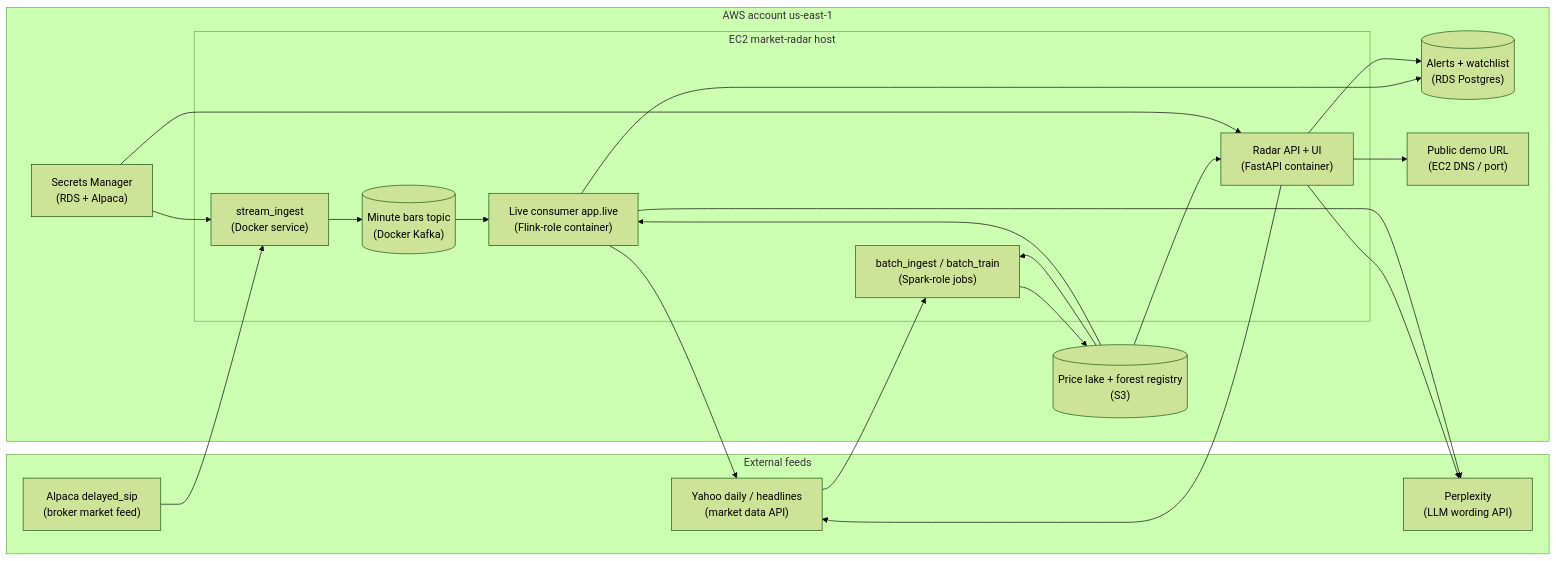
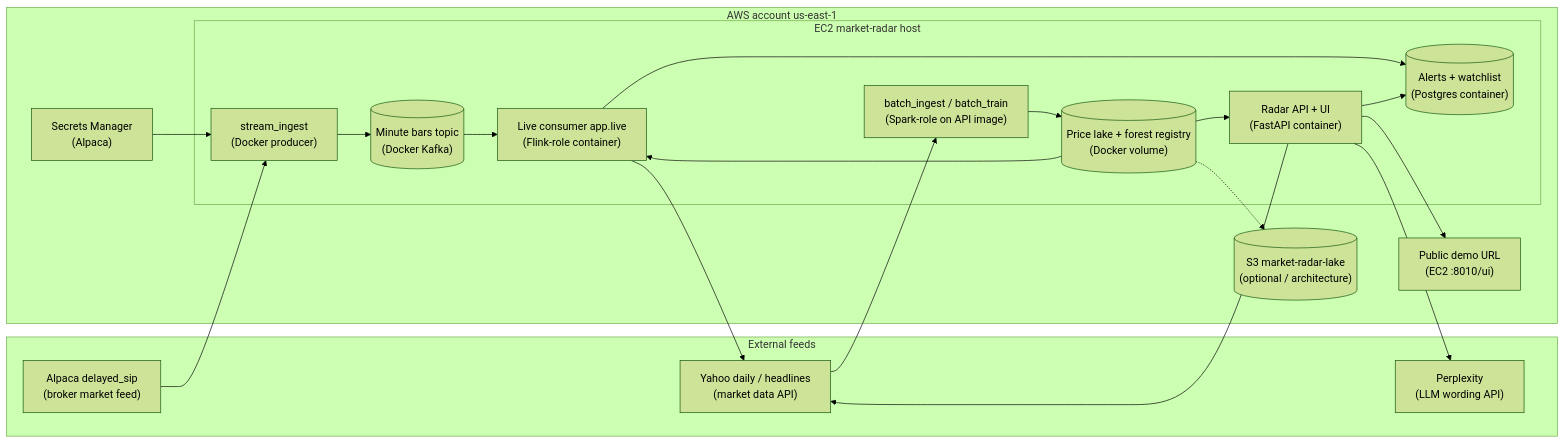
Before and after one commit to sameerde4/ticker-alert-system: the diagram in docs/aws-deployment.md, drawn with Mermaid (forest theme). The commit also changed other lines of this file and 2 other files, not shown here.

First line of the commit message:
Document AWS demo as-built Live, lake, and deploy behavior.

````diff
--- a/docs/aws-deployment.md
+++ b/docs/aws-deployment.md
@@ -84,38 +85,37 @@
 ```mermaid
 flowchart LR
     subgraph vendors [External feeds]
         ALP["Alpaca delayed_sip<br/>(broker market feed)"]
         YF["Yahoo daily / headlines<br/>(market data API)"]
         PPLX["Perplexity<br/>(LLM wording API)"]
     end
 
     subgraph aws [AWS account us-east-1]
         subgraph ec2box [EC2 market-radar host]
             KAFKA[("Minute bars topic<br/>(Docker Kafka)")]
-            INGEST["stream_ingest<br/>(Docker service)"]
+            INGEST["stream_ingest<br/>(Docker producer)"]
             LIVE["Live consumer app.live<br/>(Flink-role container)"]
             API["Radar API + UI<br/>(FastAPI container)"]
-            BATCH["batch_ingest / batch_train<br/>(Spark-role jobs)"]
+            PG[("Alerts + watchlist<br/>(Postgres container)")]
+            LAKE[("Price lake + forest registry<br/>(Docker volume)")]
+            BATCH["batch_ingest / batch_train<br/>(Spark-role on API image)"]
         end
 
-        S3[("Price lake + forest registry<br/>(S3)")]
-        RDS[("Alerts + watchlist<br/>(RDS Postgres)")]
-        SM["Secrets Manager<br/>(RDS + Alpaca)"]
-        URL["Public demo URL<br/>(EC2 DNS / port)"]
+        S3[("S3 market-radar-lake<br/>(optional / architecture)")]
+        SM["Secrets Manager<br/>(Alpaca)"]
+        URL["Public demo URL<br/>(EC2 :8010/ui)"]
     end
 
     ALP --> INGEST --> KAFKA --> LIVE
-    YF --> BATCH --> S3
-    S3 --> BATCH
-    S3 --> LIVE
-    S3 --> API
-    SM --> API
+    YF --> BATCH --> LAKE
+    LAKE --> LIVE
+    LAKE --> API
     SM --> INGEST
-    LIVE --> RDS
-    API --> RDS
+    LIVE --> PG
+    API --> PG
     LIVE --> YF
     API --> YF
     API --> PPLX
-    LIVE --> PPLX
     API --> URL
+    LAKE -.-> S3
 ```
````
